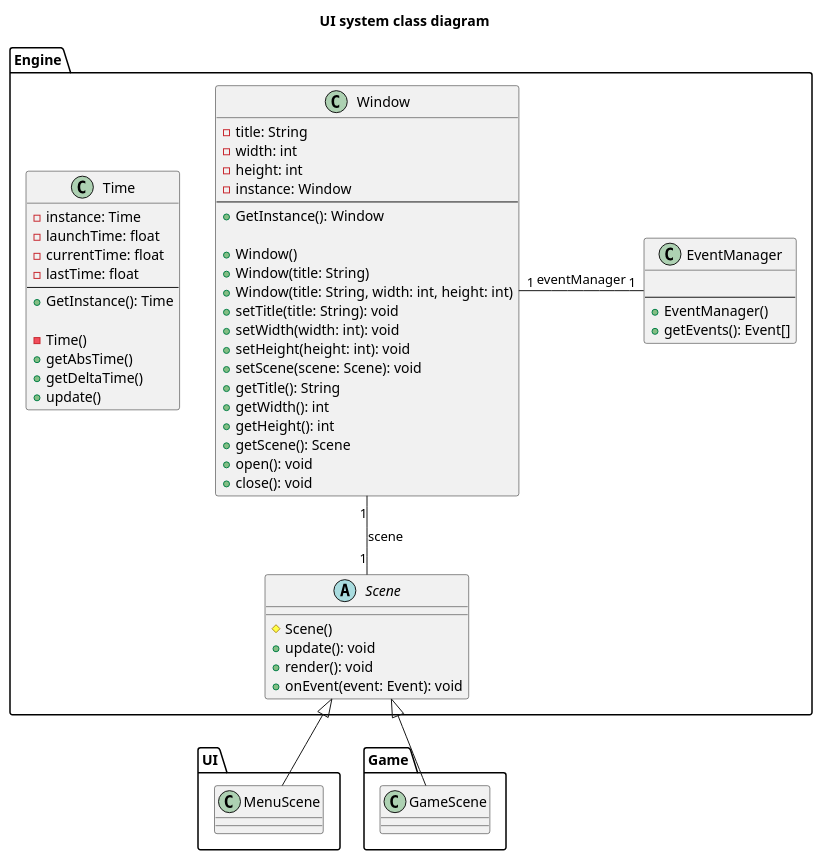
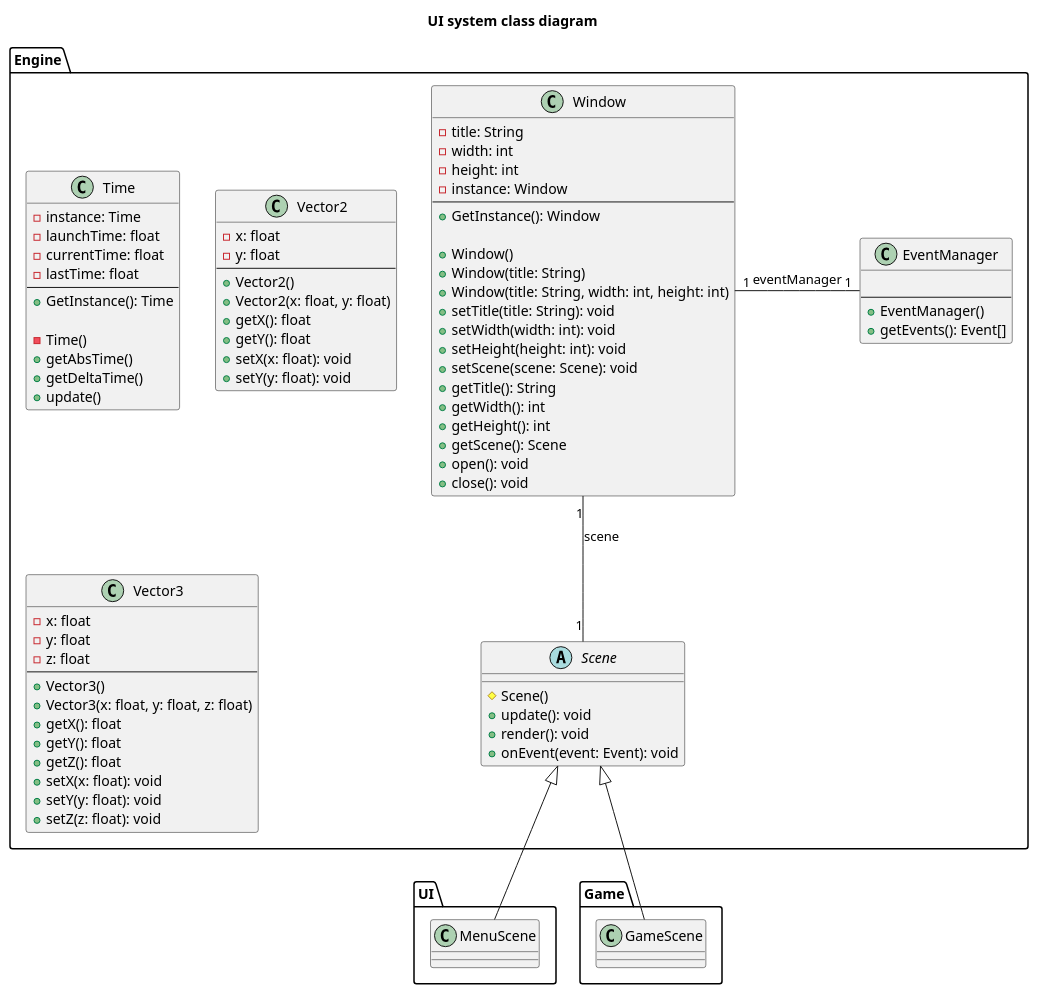
One commit to toxicbloud/ACL-2023-MazeOfMadness changed the diagram in sprints/sprint1/diagrammes/Engine.puml. Above: the diagram before and after it, drawn with PlantUML. The commit also changed 3 other files, not shown here.

```diff
--- a/sprints/sprint1/diagrammes/Engine.puml
+++ b/sprints/sprint1/diagrammes/Engine.puml
@@ -1,70 +1,97 @@
 @startuml
 title UI system class diagram
 
 package UI {
     class MenuScene
 }
 
 package Engine {
     class Window {
         - title: String
         - width: int
         - height: int
         - instance: Window
         ---
         + GetInstance(): Window
 
         + Window()
         + Window(title: String)
         + Window(title: String, width: int, height: int)
         + setTitle(title: String): void
         + setWidth(width: int): void
         + setHeight(height: int): void
         + setScene(scene: Scene): void
         + getTitle(): String
         + getWidth(): int
         + getHeight(): int
         + getScene(): Scene
         + open(): void
         + close(): void
     }
 
     abstract Scene {
         # Scene()
         + update(): void
         + render(): void
         + onEvent(event: Event): void
     }
 
     class EventManager {
         
         ---
         + EventManager()
         + getEvents(): Event[]
     }
 
     class Time {
         - instance: Time
         - launchTime: float
         - currentTime: float
         - lastTime: float
         ---
         + GetInstance(): Time
 
         - Time()
         + getAbsTime()
         + getDeltaTime()
         + update()
     }
+
+    class Vector2 {
+        - x: float
+        - y: float
+        ---
+        + Vector2()
+        + Vector2(x: float, y: float)
+        + getX(): float
+        + getY(): float
+        + setX(x: float): void
+        + setY(y: float): void
+    }
+
+    class Vector3 {
+        - x: float
+        - y: float
+        - z: float
+        ---
+        + Vector3()
+        + Vector3(x: float, y: float, z: float)
+        + getX(): float
+        + getY(): float
+        + getZ(): float
+        + setX(x: float): void
+        + setY(y: float): void
+        + setZ(z: float): void
+    }
 }
 
 package Game {
     class GameScene
 }
 
 Window "1" -down- "1" Scene: scene
 Window "1" -right- "1" EventManager: eventManager
 MenuScene -up-|> Scene
 GameScene -up-|> Scene
 
 @enduml
```
